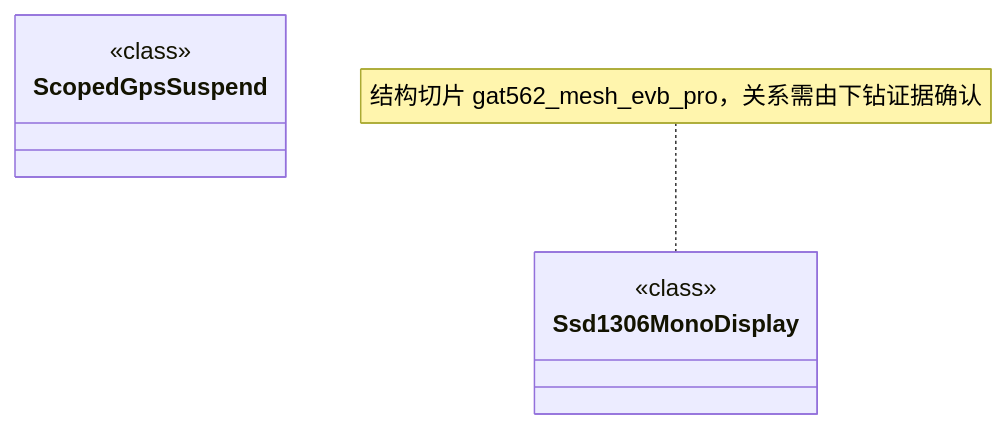
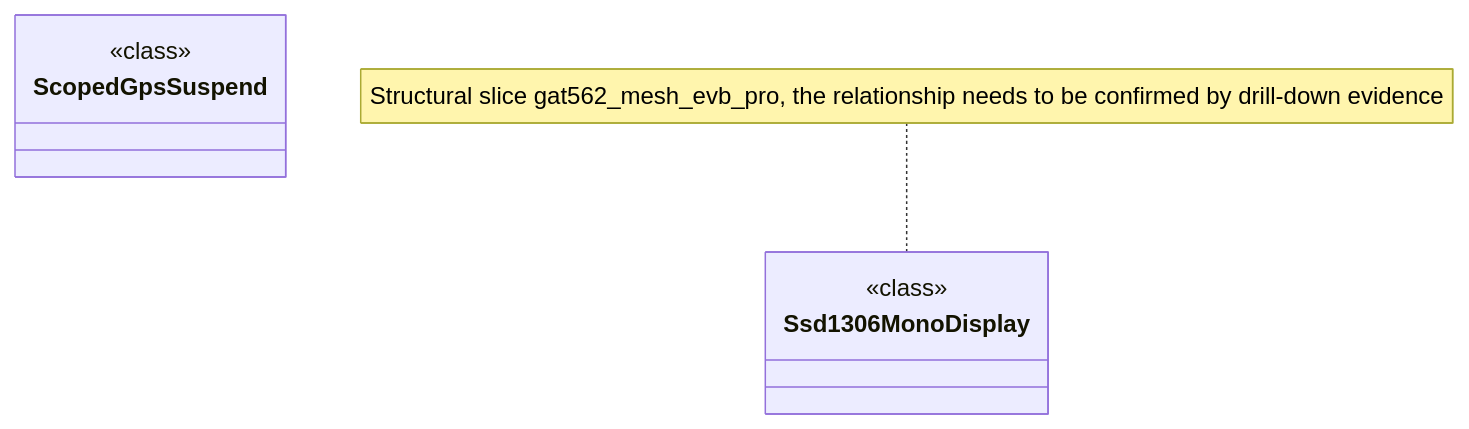
The diagram in docs/engineering/class-structural-diagrams/boards-gat562_mesh_evb_pro/class-structural-diagram.md (manmuqingshan/trail-mate), drawn with Mermaid before and after one commit. The commit also changed other lines of this file and 527 other files, not shown here.

````diff
--- a/docs/engineering/class-structural-diagrams/boards-gat562_mesh_evb_pro/class-structural-diagram.md
+++ b/docs/engineering/class-structural-diagrams/boards-gat562_mesh_evb_pro/class-structural-diagram.md
@@ -42,10 +42,10 @@
 ```mermaid
 classDiagram
   class Ssd1306MonoDisplay["Ssd1306MonoDisplay"] {
     <<class>>
   }
   class ScopedGpsSuspend["ScopedGpsSuspend"] {
     <<class>>
   }
-  note for Ssd1306MonoDisplay "结构切片 gat562_mesh_evb_pro，关系需由下钻证据确认"
+ note for Ssd1306MonoDisplay "Structural slice gat562_mesh_evb_pro, the relationship needs to be confirmed by drill-down evidence"
 ```
````
